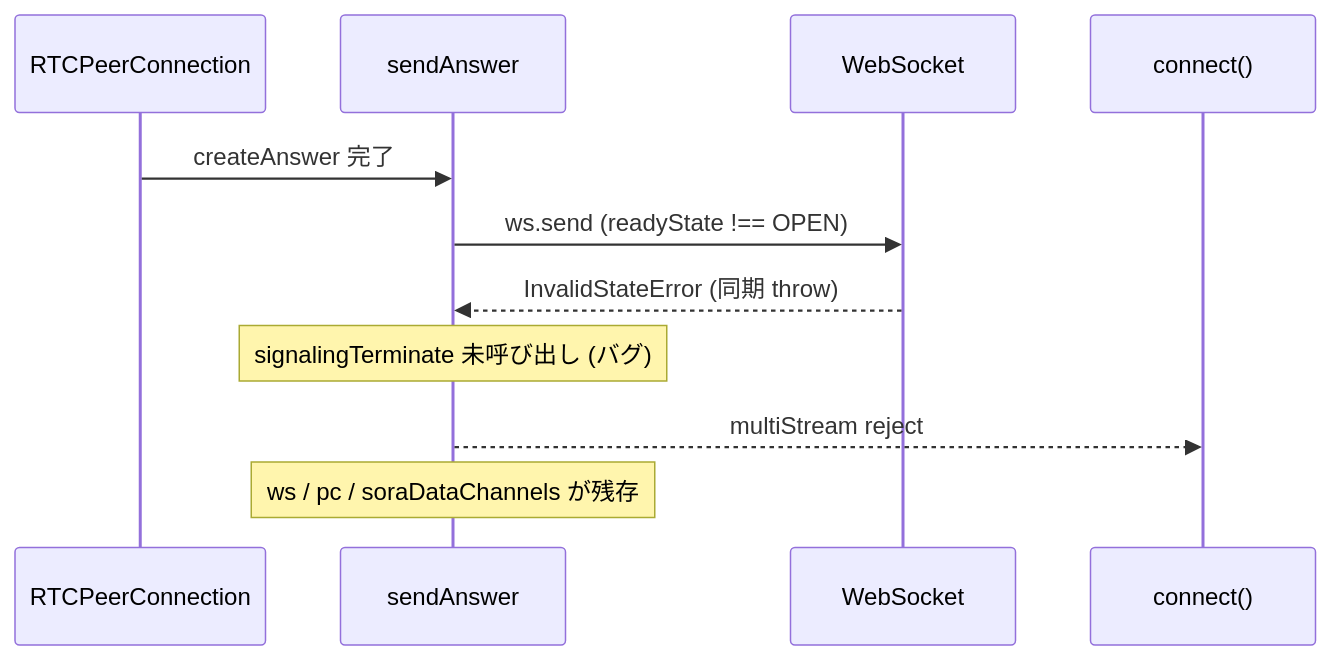
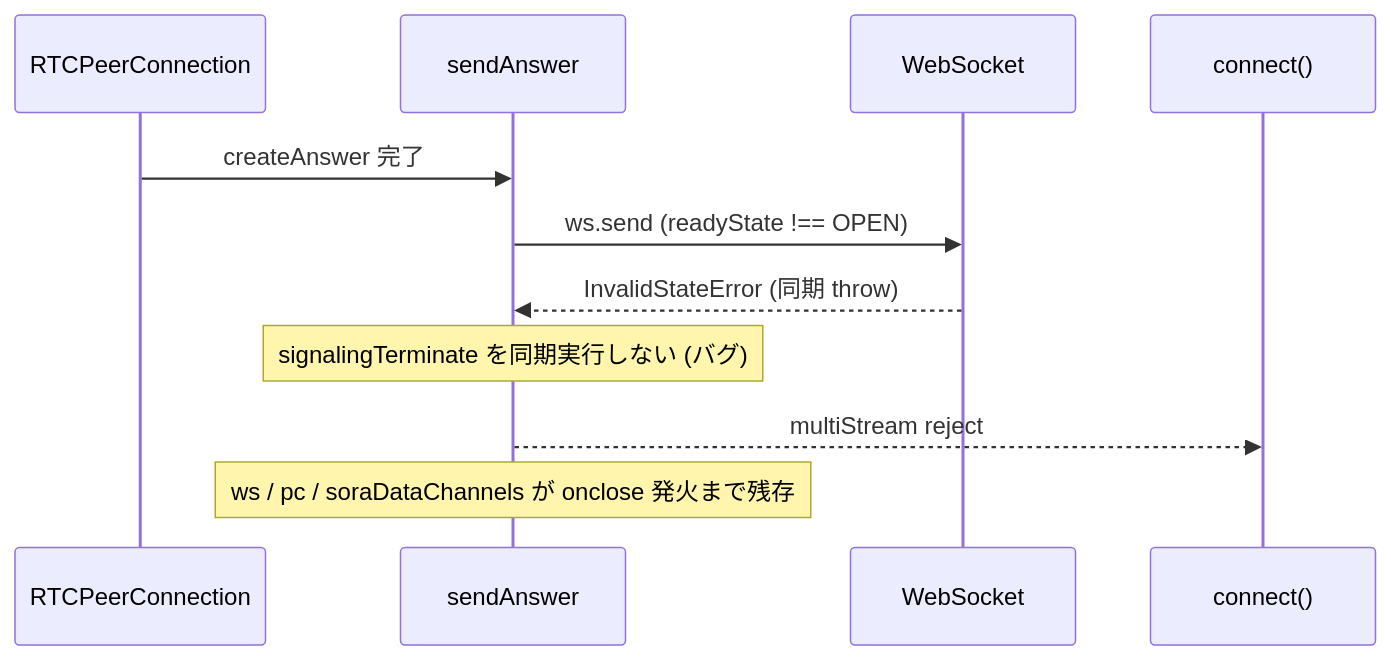
One commit to shiguredo/sora-js-sdk changed the diagram in issues/0007-bug-fix-send-answer-ws-send-uncaught-exception.md. Above: the diagram before and after it, drawn with Mermaid. The commit also changed other lines of this file and 33 other files, not shown here.

````diff
--- a/issues/0007-bug-fix-send-answer-ws-send-uncaught-exception.md
+++ b/issues/0007-bug-fix-send-answer-ws-send-uncaught-exception.md
@@ -22,14 +23,14 @@
 ```mermaid
 sequenceDiagram
     participant PC as RTCPeerConnection
     participant SDK as sendAnswer
     participant WS as WebSocket
     participant App as connect()
 
     PC->>SDK: createAnswer 完了
     SDK->>WS: ws.send (readyState !== OPEN)
     WS-->>SDK: InvalidStateError (同期 throw)
-    Note over SDK: signalingTerminate 未呼び出し (バグ)
+    Note over SDK: signalingTerminate を同期実行しない (バグ)
     SDK-->>App: multiStream reject
-    Note over SDK: ws / pc / soraDataChannels が残存
+    Note over SDK: ws / pc / soraDataChannels が onclose 発火まで残存
 ```
````
